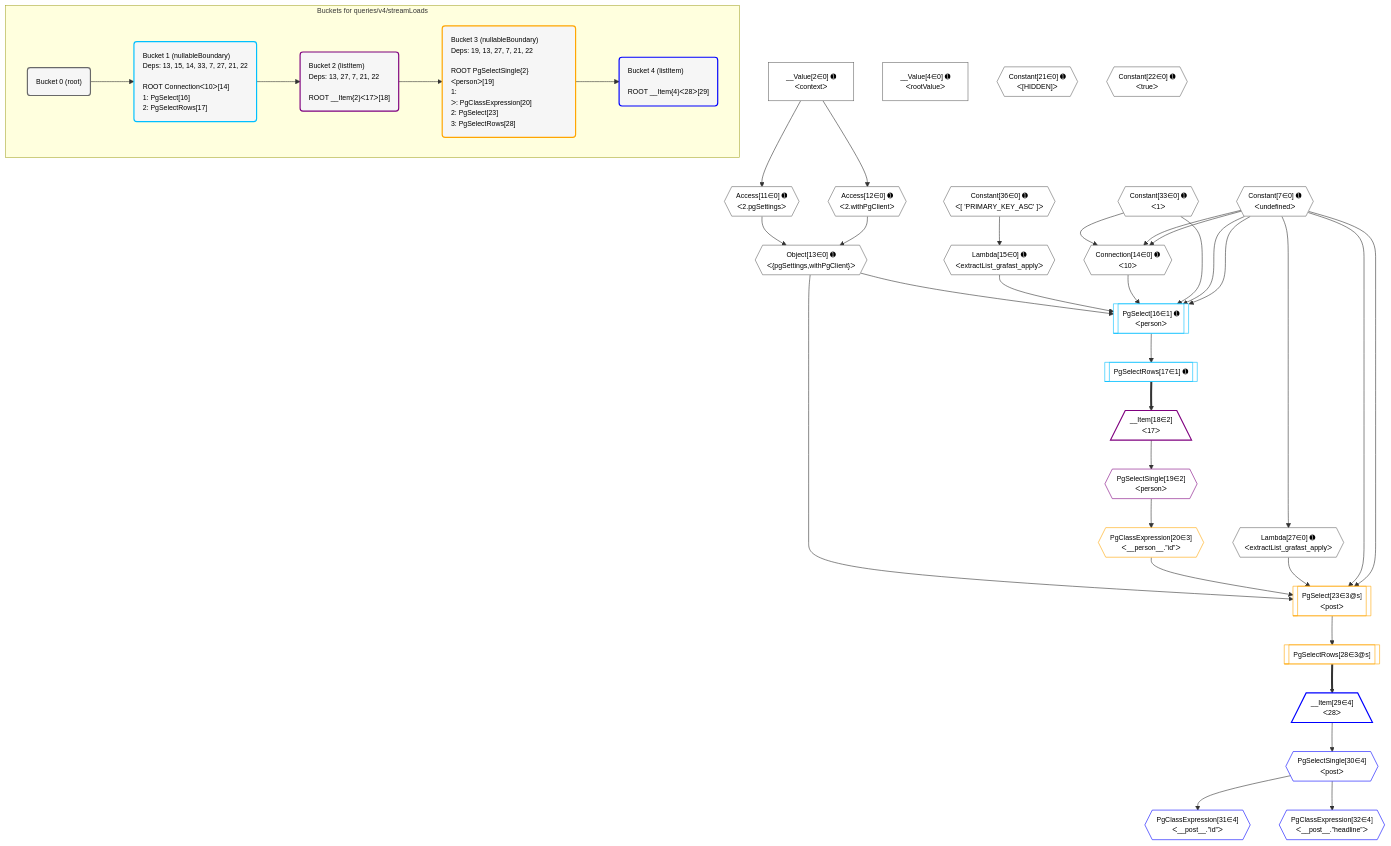
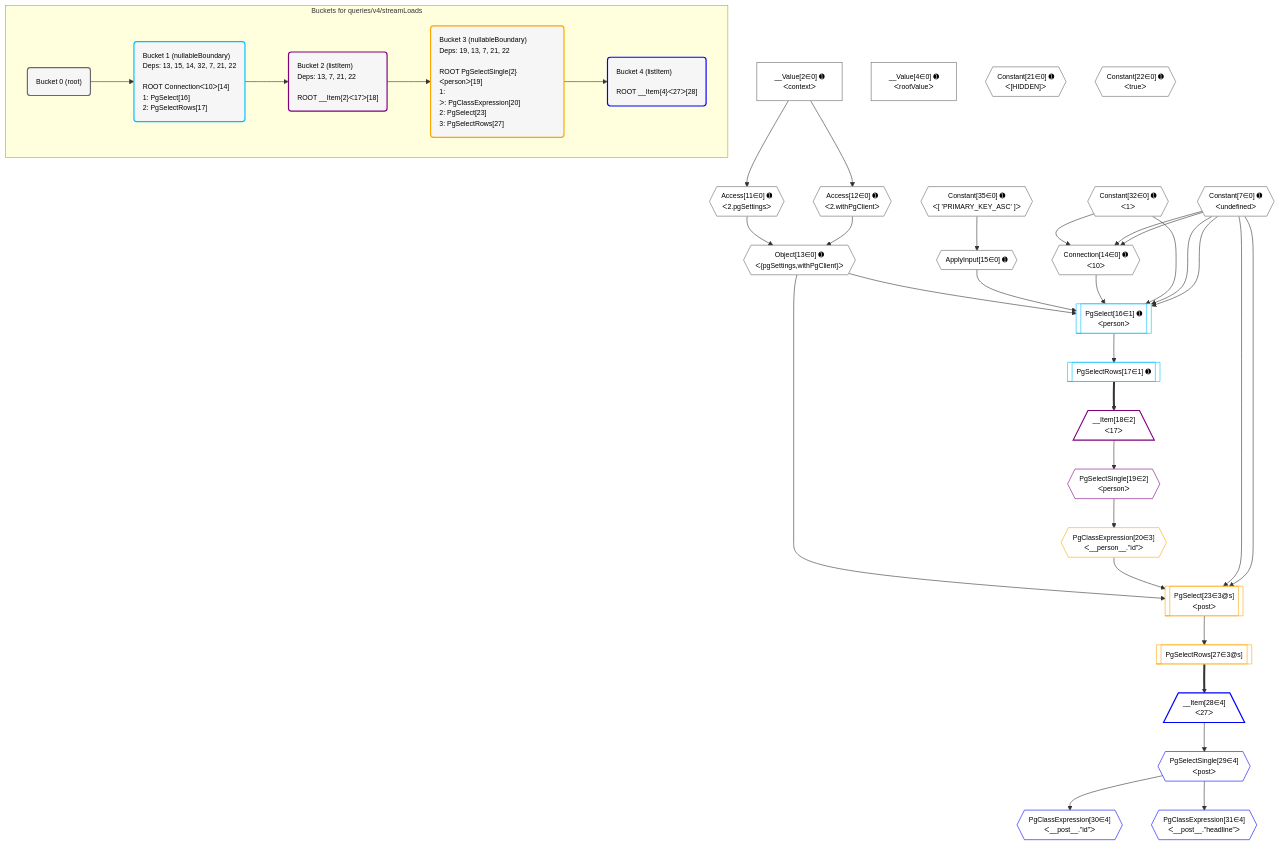
One commit to graphile/crystal changed the diagram in postgraphile/postgraphile/__tests__/queries/v4/streamLoads.mermaid. Above: the diagram before and after it, drawn with Mermaid. The commit also changed 162 other files, not shown here.

Commit message:
Update plan diagrams now that extractEnumExtensionValue has been removed

```diff
--- a/postgraphile/postgraphile/__tests__/queries/v4/streamLoads.mermaid
+++ b/postgraphile/postgraphile/__tests__/queries/v4/streamLoads.mermaid
@@ -1,76 +1,74 @@
 %%{init: {'themeVariables': { 'fontSize': '12px'}}}%%
 graph TD
     classDef path fill:#eee,stroke:#000,color:#000
     classDef plan fill:#fff,stroke-width:1px,color:#000
     classDef itemplan fill:#fff,stroke-width:2px,color:#000
     classDef unbatchedplan fill:#dff,stroke-width:1px,color:#000
     classDef sideeffectplan fill:#fcc,stroke-width:2px,color:#000
     classDef bucket fill:#f6f6f6,color:#000,stroke-width:2px,text-align:left
 
 
     %% plan dependencies
     Connection14{{"Connection[14∈0] ➊<br />ᐸ10ᐳ"}}:::plan
-    Constant33{{"Constant[33∈0] ➊<br />ᐸ1ᐳ"}}:::plan
+    Constant32{{"Constant[32∈0] ➊<br />ᐸ1ᐳ"}}:::plan
     Constant7{{"Constant[7∈0] ➊<br />ᐸundefinedᐳ"}}:::plan
-    Constant33 & Constant7 & Constant7 --> Connection14
+    Constant32 & Constant7 & Constant7 --> Connection14
     Object13{{"Object[13∈0] ➊<br />ᐸ{pgSettings,withPgClient}ᐳ"}}:::plan
     Access11{{"Access[11∈0] ➊<br />ᐸ2.pgSettingsᐳ"}}:::plan
     Access12{{"Access[12∈0] ➊<br />ᐸ2.withPgClientᐳ"}}:::plan
     Access11 & Access12 --> Object13
     __Value2["__Value[2∈0] ➊<br />ᐸcontextᐳ"]:::plan
     __Value2 --> Access11
     __Value2 --> Access12
-    Lambda15{{"Lambda[15∈0] ➊<br />ᐸextractList_grafast_applyᐳ"}}:::plan
-    Constant36{{"Constant[36∈0] ➊<br />ᐸ[ 'PRIMARY_KEY_ASC' ]ᐳ"}}:::plan
-    Constant36 --> Lambda15
-    Lambda27{{"Lambda[27∈0] ➊<br />ᐸextractList_grafast_applyᐳ"}}:::plan
-    Constant7 --> Lambda27
+    ApplyInput15{{"ApplyInput[15∈0] ➊"}}:::plan
+    Constant35{{"Constant[35∈0] ➊<br />ᐸ[ 'PRIMARY_KEY_ASC' ]ᐳ"}}:::plan
+    Constant35 --> ApplyInput15
     __Value4["__Value[4∈0] ➊<br />ᐸrootValueᐳ"]:::plan
     Constant21{{"Constant[21∈0] ➊<br />ᐸ[HIDDEN]ᐳ"}}:::plan
     Constant22{{"Constant[22∈0] ➊<br />ᐸtrueᐳ"}}:::plan
     PgSelect16[["PgSelect[16∈1] ➊<br />ᐸpersonᐳ"]]:::plan
-    Object13 & Lambda15 & Connection14 & Constant33 & Constant7 & Constant7 --> PgSelect16
+    Object13 & ApplyInput15 & Connection14 & Constant32 & Constant7 & Constant7 --> PgSelect16
     PgSelectRows17[["PgSelectRows[17∈1] ➊"]]:::plan
     PgSelect16 --> PgSelectRows17
     __Item18[/"__Item[18∈2]<br />ᐸ17ᐳ"\]:::itemplan
     PgSelectRows17 ==> __Item18
     PgSelectSingle19{{"PgSelectSingle[19∈2]<br />ᐸpersonᐳ"}}:::plan
     __Item18 --> PgSelectSingle19
     PgSelect23[["PgSelect[23∈3@s]<br />ᐸpostᐳ"]]:::plan
     PgClassExpression20{{"PgClassExpression[20∈3]<br />ᐸ__person__.”id”ᐳ"}}:::plan
-    Object13 & PgClassExpression20 & Lambda27 & Constant7 & Constant7 --> PgSelect23
+    Object13 & PgClassExpression20 & Constant7 & Constant7 --> PgSelect23
     PgSelectSingle19 --> PgClassExpression20
-    PgSelectRows28[["PgSelectRows[28∈3@s]"]]:::plan
-    PgSelect23 --> PgSelectRows28
-    __Item29[/"__Item[29∈4]<br />ᐸ28ᐳ"\]:::itemplan
-    PgSelectRows28 ==> __Item29
-    PgSelectSingle30{{"PgSelectSingle[30∈4]<br />ᐸpostᐳ"}}:::plan
-    __Item29 --> PgSelectSingle30
-    PgClassExpression31{{"PgClassExpression[31∈4]<br />ᐸ__post__.”id”ᐳ"}}:::plan
-    PgSelectSingle30 --> PgClassExpression31
-    PgClassExpression32{{"PgClassExpression[32∈4]<br />ᐸ__post__.”headline”ᐳ"}}:::plan
-    PgSelectSingle30 --> PgClassExpression32
+    PgSelectRows27[["PgSelectRows[27∈3@s]"]]:::plan
+    PgSelect23 --> PgSelectRows27
+    __Item28[/"__Item[28∈4]<br />ᐸ27ᐳ"\]:::itemplan
+    PgSelectRows27 ==> __Item28
+    PgSelectSingle29{{"PgSelectSingle[29∈4]<br />ᐸpostᐳ"}}:::plan
+    __Item28 --> PgSelectSingle29
+    PgClassExpression30{{"PgClassExpression[30∈4]<br />ᐸ__post__.”id”ᐳ"}}:::plan
+    PgSelectSingle29 --> PgClassExpression30
+    PgClassExpression31{{"PgClassExpression[31∈4]<br />ᐸ__post__.”headline”ᐳ"}}:::plan
+    PgSelectSingle29 --> PgClassExpression31
 
     %% define steps
 
     subgraph "Buckets for queries/v4/streamLoads"
     Bucket0("Bucket 0 (root)"):::bucket
     classDef bucket0 stroke:#696969
-    class Bucket0,__Value2,__Value4,Constant7,Access11,Access12,Object13,Connection14,Lambda15,Constant21,Constant22,Lambda27,Constant33,Constant36 bucket0
-    Bucket1("Bucket 1 (nullableBoundary)<br />Deps: 13, 15, 14, 33, 7, 27, 21, 22<br /><br />ROOT Connectionᐸ10ᐳ[14]<br />1: PgSelect[16]<br />2: PgSelectRows[17]"):::bucket
+    class Bucket0,__Value2,__Value4,Constant7,Access11,Access12,Object13,Connection14,ApplyInput15,Constant21,Constant22,Constant32,Constant35 bucket0
+    Bucket1("Bucket 1 (nullableBoundary)<br />Deps: 13, 15, 14, 32, 7, 21, 22<br /><br />ROOT Connectionᐸ10ᐳ[14]<br />1: PgSelect[16]<br />2: PgSelectRows[17]"):::bucket
     classDef bucket1 stroke:#00bfff
     class Bucket1,PgSelect16,PgSelectRows17 bucket1
-    Bucket2("Bucket 2 (listItem)<br />Deps: 13, 27, 7, 21, 22<br /><br />ROOT __Item{2}ᐸ17ᐳ[18]"):::bucket
+    Bucket2("Bucket 2 (listItem)<br />Deps: 13, 7, 21, 22<br /><br />ROOT __Item{2}ᐸ17ᐳ[18]"):::bucket
     classDef bucket2 stroke:#7f007f
     class Bucket2,__Item18,PgSelectSingle19 bucket2
-    Bucket3("Bucket 3 (nullableBoundary)<br />Deps: 19, 13, 27, 7, 21, 22<br /><br />ROOT PgSelectSingle{2}ᐸpersonᐳ[19]<br />1: <br />ᐳ: PgClassExpression[20]<br />2: PgSelect[23]<br />3: PgSelectRows[28]"):::bucket
+    Bucket3("Bucket 3 (nullableBoundary)<br />Deps: 19, 13, 7, 21, 22<br /><br />ROOT PgSelectSingle{2}ᐸpersonᐳ[19]<br />1: <br />ᐳ: PgClassExpression[20]<br />2: PgSelect[23]<br />3: PgSelectRows[27]"):::bucket
     classDef bucket3 stroke:#ffa500
-    class Bucket3,PgClassExpression20,PgSelect23,PgSelectRows28 bucket3
-    Bucket4("Bucket 4 (listItem)<br /><br />ROOT __Item{4}ᐸ28ᐳ[29]"):::bucket
+    class Bucket3,PgClassExpression20,PgSelect23,PgSelectRows27 bucket3
+    Bucket4("Bucket 4 (listItem)<br /><br />ROOT __Item{4}ᐸ27ᐳ[28]"):::bucket
     classDef bucket4 stroke:#0000ff
-    class Bucket4,__Item29,PgSelectSingle30,PgClassExpression31,PgClassExpression32 bucket4
+    class Bucket4,__Item28,PgSelectSingle29,PgClassExpression30,PgClassExpression31 bucket4
     Bucket0 --> Bucket1
     Bucket1 --> Bucket2
     Bucket2 --> Bucket3
     Bucket3 --> Bucket4
     end
```
